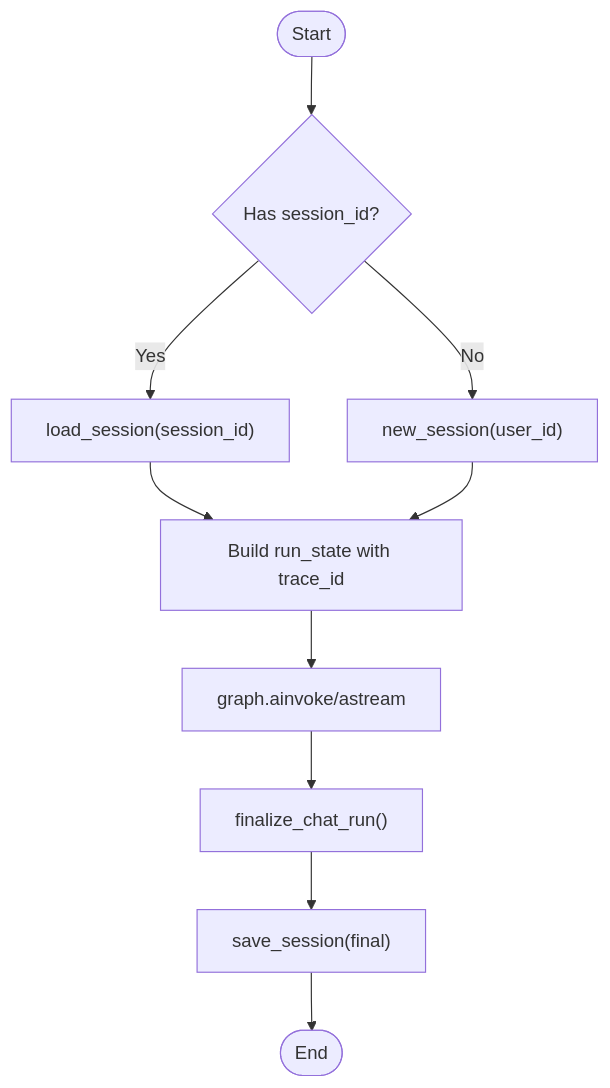
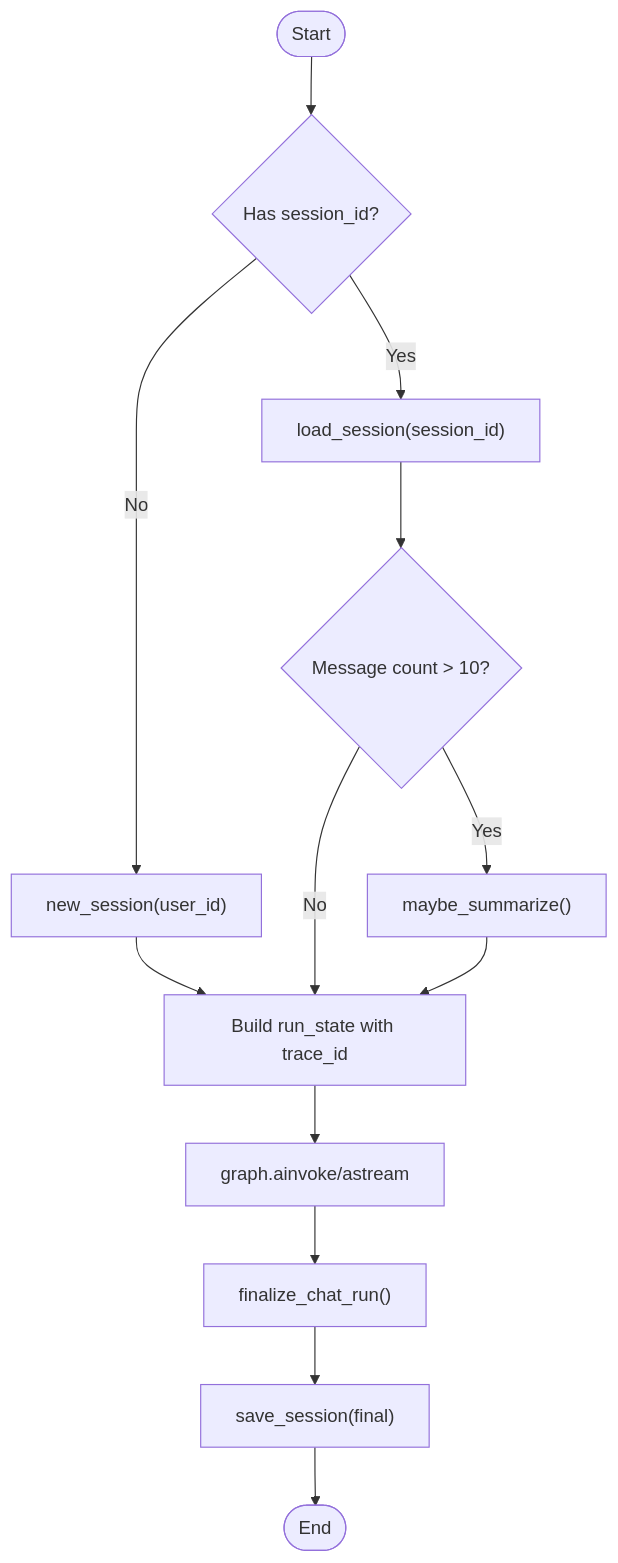
Before and after one commit to genes8/private-ai: the fifth of 7 diagrams in .qoder/repowiki/en/content/Backend Development/API Endpoints/Chat Endpoints.md, drawn with Mermaid. The commit also changed other lines of this file and 36 other files, not shown here.

````diff
--- a/.qoder/repowiki/en/content/Backend Development/API Endpoints/Chat Endpoints.md
+++ b/.qoder/repowiki/en/content/Backend Development/API Endpoints/Chat Endpoints.md
@@ -373,12 +433,15 @@
 ```mermaid
 flowchart TD
 Start(["Start"]) --> NewOrLoad{"Has session_id?"}
 NewOrLoad --> |Yes| Load["load_session(session_id)"]
 NewOrLoad --> |No| Create["new_session(user_id)"]
-Load --> RunState["Build run_state with trace_id"]
-Create --> RunState
+Load --> CheckSize{"Message count > 10?"}
+Create --> RunState["Build run_state with trace_id"]
+CheckSize --> |Yes| Summarize["maybe_summarize()"]
+CheckSize --> |No| RunState
+Summarize --> RunState
 RunState --> GraphExec["graph.ainvoke/astream"]
 GraphExec --> PostProcess["finalize_chat_run()"]
 PostProcess --> Save["save_session(final)"]
 Save --> End(["End"])
 ```
````
